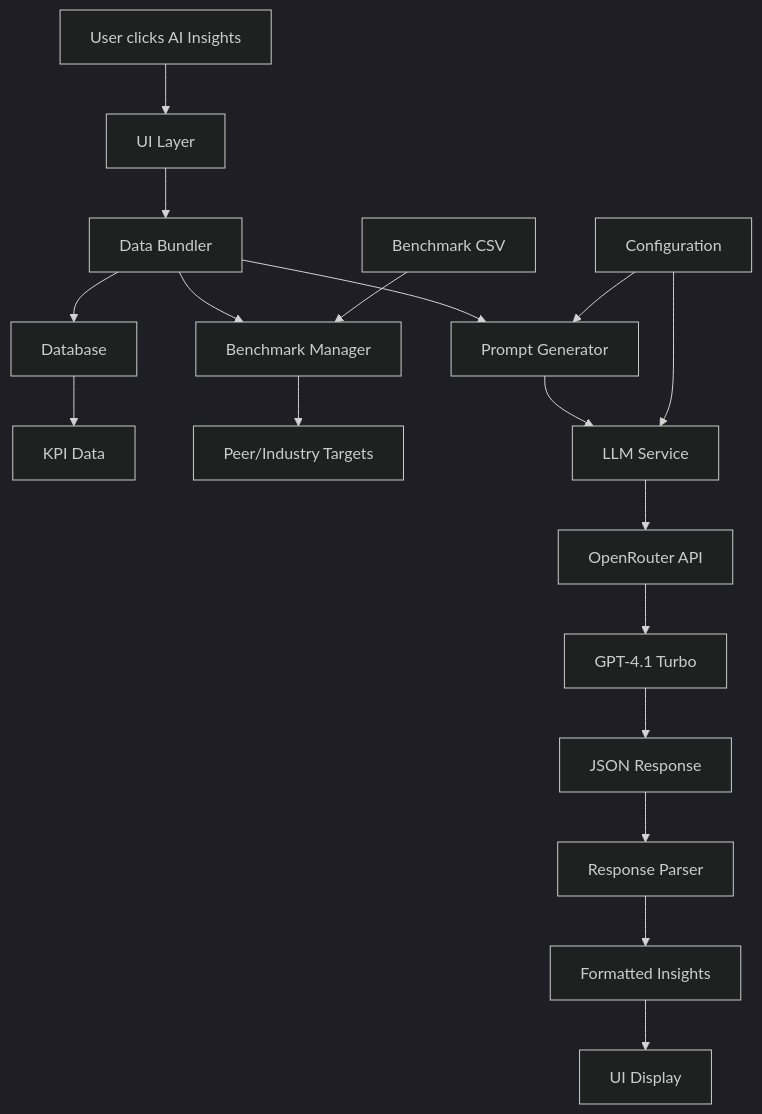
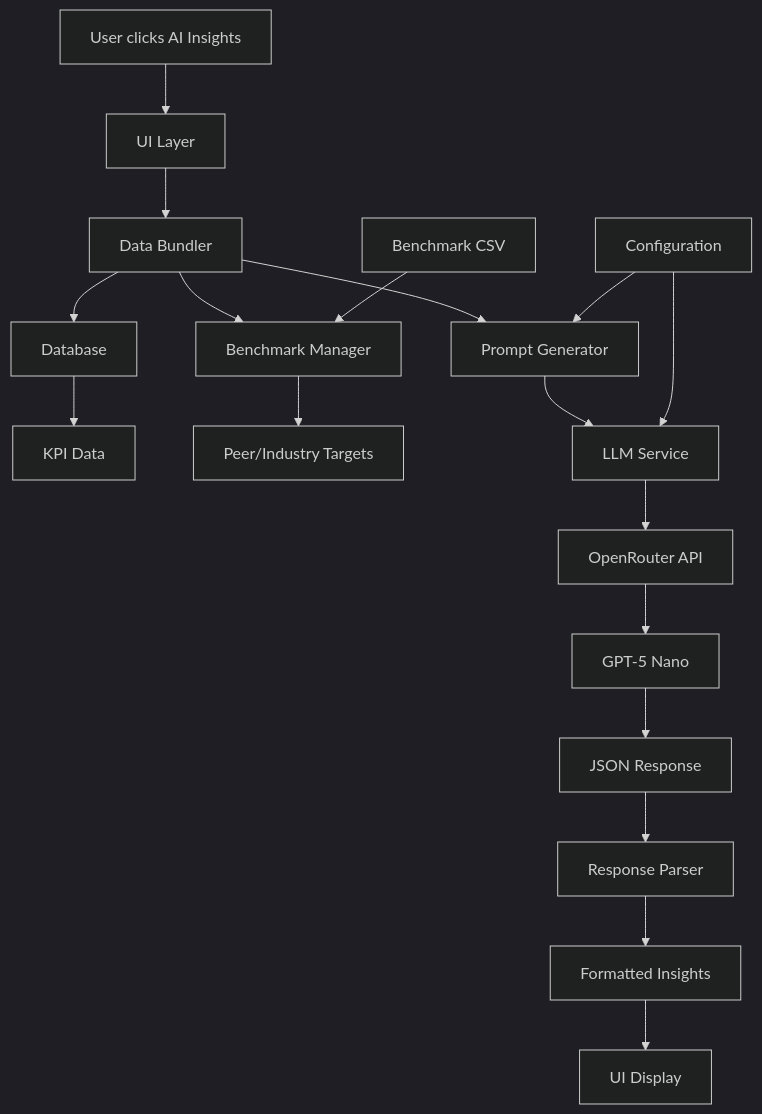
The diagram in docs/AI-Insights/ai-insightsArchitecture.md (leebase/telecom-kpi), drawn with Mermaid (dark theme) before and after one commit. The commit also changed other lines of this file and 26 other files, not shown here.

````diff
--- a/docs/AI-Insights/ai-insightsArchitecture.md
+++ b/docs/AI-Insights/ai-insightsArchitecture.md
@@ -31,21 +31,21 @@
 ```mermaid
 graph TB
     A[User clicks AI Insights] --> B[UI Layer]
     B --> C[Data Bundler]
     C --> D[Database]
     C --> E[Benchmark Manager]
     D --> F[KPI Data]
     E --> G[Peer/Industry Targets]
     C --> H[Prompt Generator]
     H --> I[LLM Service]
     I --> J[OpenRouter API]
-    J --> K[GPT-4.1 Turbo]
+    J --> K[GPT-5 Nano]
     K --> L[JSON Response]
     L --> M[Response Parser]
     M --> N[Formatted Insights]
     N --> O[UI Display]
     
     P[Configuration] --> H
     P --> I
     Q[Benchmark CSV] --> E
 ```
````
